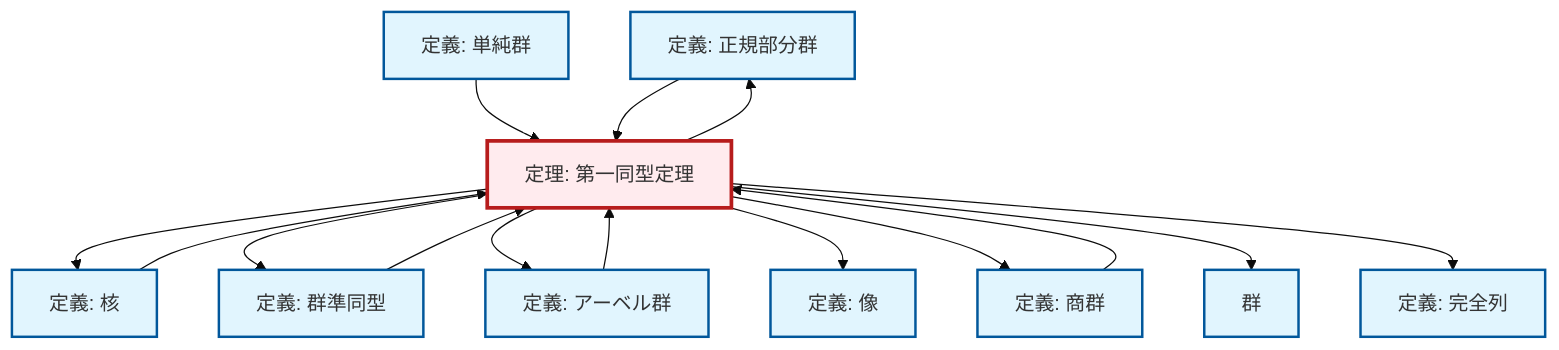
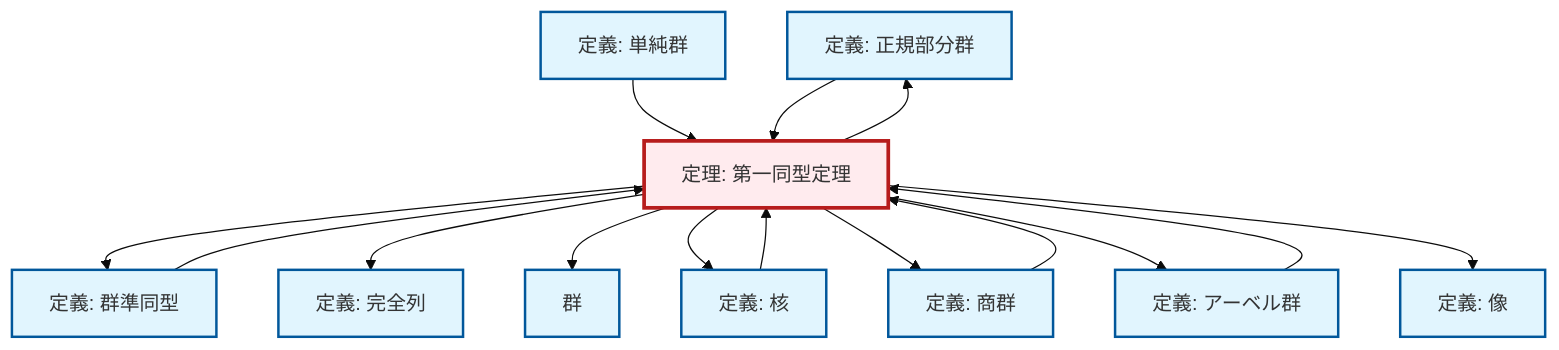
One commit to RK0429/ModernMath changed the diagram in content/ja/algebra/thm-first-isomorphism.qmd. Above: the diagram before and after it, drawn with Mermaid (base theme). The commit also changed other lines of this file and 328 other files, not shown here.

````diff
--- a/content/ja/algebra/thm-first-isomorphism.qmd
+++ b/content/ja/algebra/thm-first-isomorphism.qmd
@@ -110,43 +110,43 @@
 ```{mermaid}
 %%| fig-cap: "ローカル依存関係グラフ"
 graph TD
     classDef definition fill:#e1f5fe,stroke:#01579b,stroke-width:2px
     classDef theorem fill:#f3e5f5,stroke:#4a148c,stroke-width:2px
     classDef axiom fill:#fff3e0,stroke:#e65100,stroke-width:2px
     classDef example fill:#e8f5e9,stroke:#1b5e20,stroke-width:2px
     classDef current fill:#ffebee,stroke:#b71c1c,stroke-width:3px
     def-normal-subgroup["定義: 正規部分群"]:::definition
+    def-kernel["定義: 核"]:::definition
+    def-simple-group["定義: 単純群"]:::definition
+    def-abelian-group["定義: アーベル群"]:::definition
+    def-group["群"]:::definition
+    thm-first-isomorphism["定理: 第一同型定理"]:::theorem
+    def-homomorphism["定義: 群準同型"]:::definition
     def-image["定義: 像"]:::definition
     def-exact-sequence["定義: 完全列"]:::definition
     def-quotient-group["定義: 商群"]:::definition
-    thm-first-isomorphism["定理: 第一同型定理"]:::theorem
-    def-homomorphism["定義: 群準同型"]:::definition
-    def-group["群"]:::definition
-    def-simple-group["定義: 単純群"]:::definition
-    def-kernel["定義: 核"]:::definition
-    def-abelian-group["定義: アーベル群"]:::definition
+    thm-first-isomorphism --> def-homomorphism
+    thm-first-isomorphism --> def-exact-sequence
+    thm-first-isomorphism --> def-group
+    def-simple-group --> thm-first-isomorphism
+    thm-first-isomorphism --> def-kernel
+    def-normal-subgroup --> thm-first-isomorphism
+    thm-first-isomorphism --> def-quotient-group
+    def-abelian-group --> thm-first-isomorphism
+    def-homomorphism --> thm-first-isomorphism
+    thm-first-isomorphism --> def-abelian-group
+    def-quotient-group --> thm-first-isomorphism
+    thm-first-isomorphism --> def-normal-subgroup
     def-kernel --> thm-first-isomorphism
-    thm-first-isomorphism --> def-kernel
-    thm-first-isomorphism --> def-homomorphism
-    def-abelian-group --> thm-first-isomorphism
-    thm-first-isomorphism --> def-abelian-group
     thm-first-isomorphism --> def-image
-    thm-first-isomorphism --> def-quotient-group
-    thm-first-isomorphism --> def-group
-    thm-first-isomorphism --> def-normal-subgroup
-    def-homomorphism --> thm-first-isomorphism
-    thm-first-isomorphism --> def-exact-sequence
-    def-quotient-group --> thm-first-isomorphism
-    def-simple-group --> thm-first-isomorphism
-    def-normal-subgroup --> thm-first-isomorphism
     class thm-first-isomorphism current
     click def-normal-subgroup "def-normal-subgroup.html" "正規部分群の定義へ"
+    click def-kernel "def-kernel.html" "核の定義へ"
+    click def-simple-group "def-simple-group.html" "単純群の定義へ"
+    click def-abelian-group "def-abelian-group.html" "アーベル群の定義へ"
+    click def-group "def-group.html" "群へ"
+    click def-homomorphism "def-homomorphism.html" "群準同型の定義へ"
     click def-image "def-image.html" "像の定義へ"
     click def-exact-sequence "def-exact-sequence.html" "完全列の定義へ"
     click def-quotient-group "def-quotient-group.html" "商群の定義へ"
-    click def-homomorphism "def-homomorphism.html" "群準同型の定義へ"
-    click def-group "def-group.html" "群へ"
-    click def-simple-group "def-simple-group.html" "単純群の定義へ"
-    click def-kernel "def-kernel.html" "核の定義へ"
-    click def-abelian-group "def-abelian-group.html" "アーベル群の定義へ"
 ```
````
